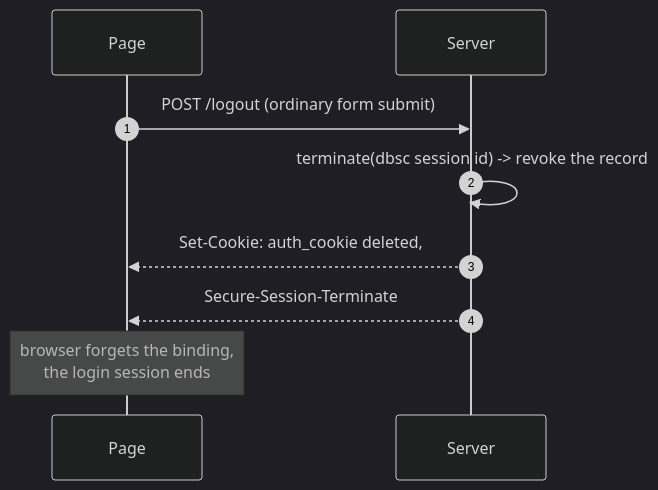
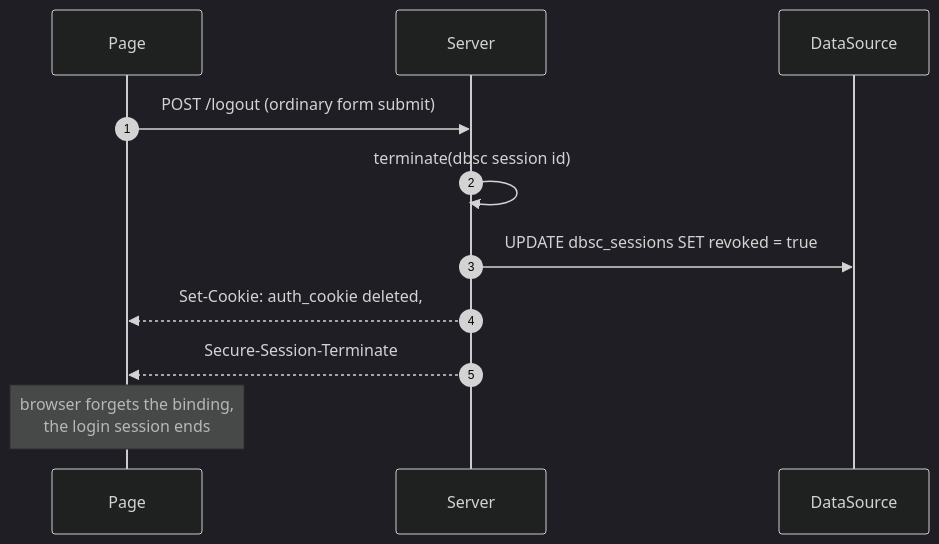
One commit to yuukioosaka/spring-dbsc changed diagram 12 of 12 in README.md. Above: the diagram before and after it, drawn with Mermaid (dark theme). The commit also changed other lines of this file, not shown here.

First line of the commit message:
README: fix the login/registration cookie story and add storage to the diagrams

````diff
--- a/README.md
+++ b/README.md
@@ -1530,12 +1593,14 @@
 ```mermaid
 sequenceDiagram
     autonumber
     participant P as Page
     participant S as Server
+    participant D as DataSource
 
     P->>S: POST /logout  (ordinary form submit)
-    S->>S: terminate(dbsc session id) -> revoke the record
+    S->>S: terminate(dbsc session id)
+    S->>D: UPDATE dbsc_sessions SET revoked = true
     S-->>P: Set-Cookie: auth_cookie deleted,
     S-->>P: Secure-Session-Terminate
     Note over P: browser forgets the binding,<br/>the login session ends
 ```
````
